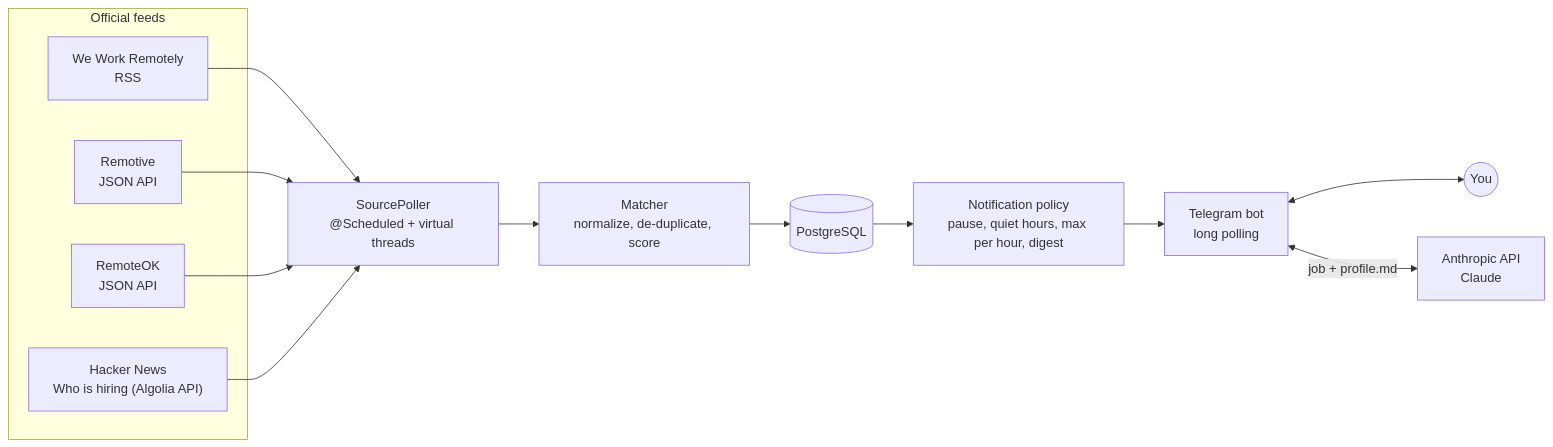
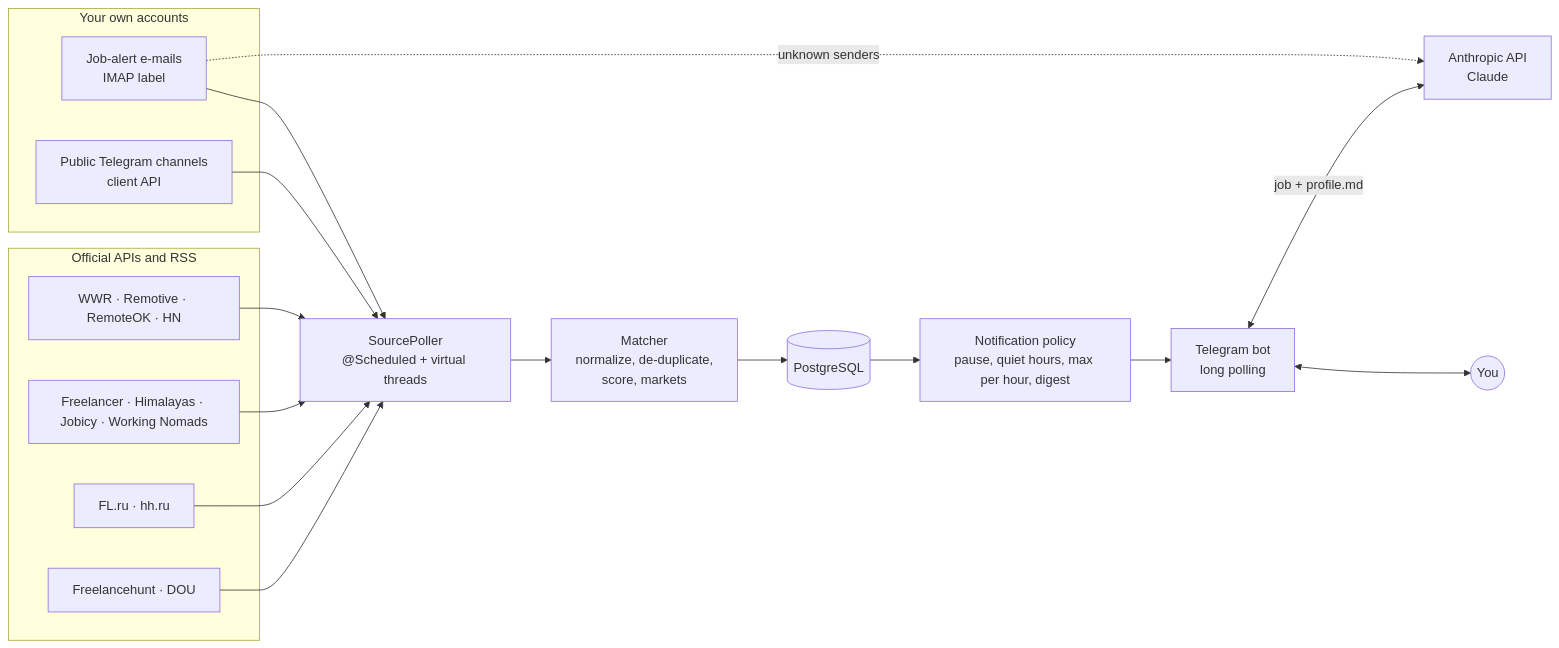
One commit to BabakBaylarli/freelance-job-radar changed the diagram in README.md. Above: the diagram before and after it, drawn with Mermaid. The commit also changed other lines of this file and 3 other files, not shown here.

First line of the commit message:
build,docs: glibc runtime image, Telegram session volume, per-source setup and sources table

````diff
--- a/README.md
+++ b/README.md
@@ -12,24 +13,31 @@
 ```mermaid
 flowchart LR
-    subgraph Sources["Official feeds"]
-        WWR["We Work Remotely<br/>RSS"]
-        RV["Remotive<br/>JSON API"]
-        RO["RemoteOK<br/>JSON API"]
-        HN["Hacker News<br/>Who is hiring (Algolia API)"]
+    subgraph Feeds["Official APIs and RSS"]
+        F1["WWR · Remotive · RemoteOK · HN"]
+        F2["Freelancer · Himalayas · Jobicy · Working Nomads"]
+        F3["FL.ru · hh.ru"]
+        F4["Freelancehunt · DOU"]
+    end
+    subgraph Own["Your own accounts"]
+        MAIL["Job-alert e-mails<br/>IMAP label"]
+        TGCH["Public Telegram channels<br/>client API"]
     end
     Poller["SourcePoller<br/>@Scheduled + virtual threads"]
-    Matcher["Matcher<br/>normalize, de-duplicate, score"]
+    Matcher["Matcher<br/>normalize, de-duplicate,<br/>score, markets"]
     DB[("PostgreSQL")]
     Policy["Notification policy<br/>pause, quiet hours, max per hour, digest"]
     Bot["Telegram bot<br/>long polling"]
     AI["Anthropic API<br/>Claude"]
     You(("You"))
 
-    WWR --> Poller
-    RV --> Poller
-    RO --> Poller
-    HN --> Poller
+    F1 --> Poller
+    F2 --> Poller
+    F3 --> Poller
+    F4 --> Poller
+    MAIL --> Poller
+    TGCH --> Poller
     Poller --> Matcher --> DB --> Policy --> Bot
     Bot <--> You
     Bot <-->|"job + profile.md"| AI
+    MAIL -.->|"unknown senders"| AI
 ```
````
